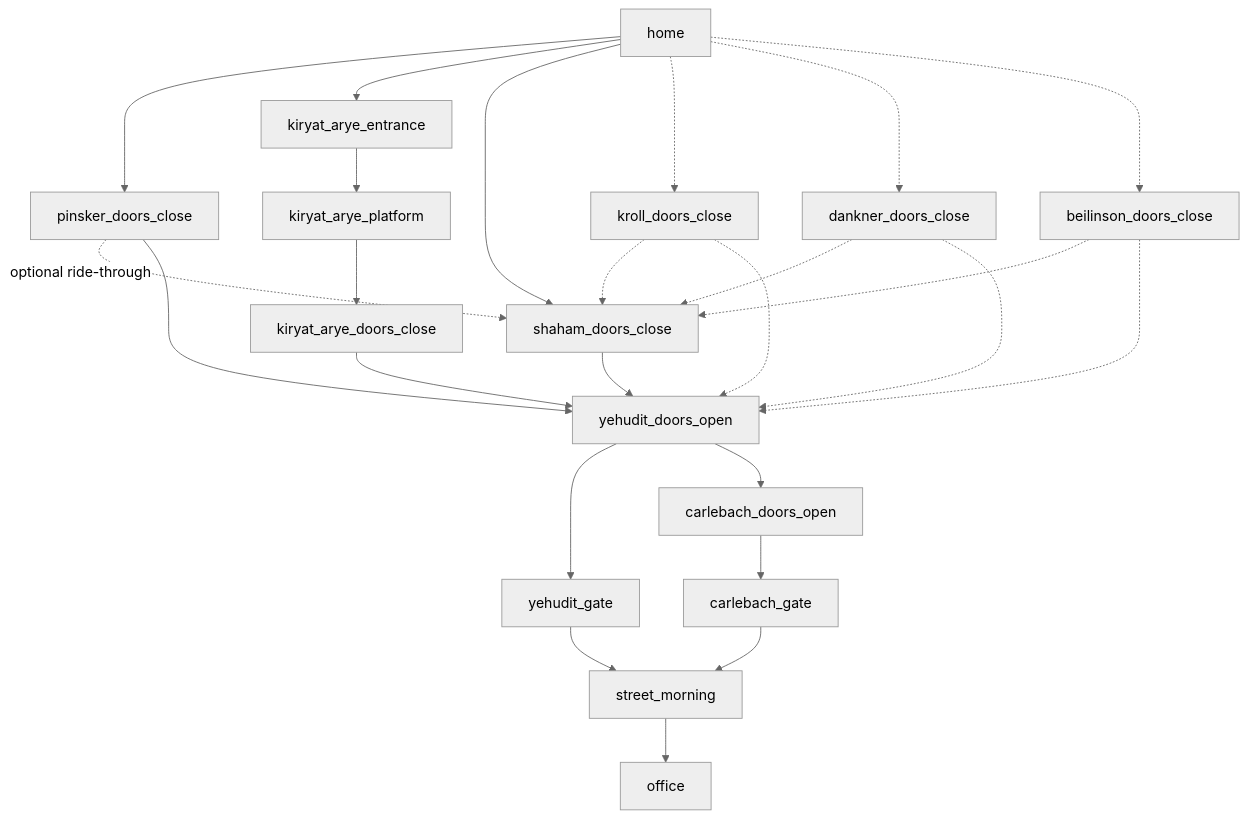
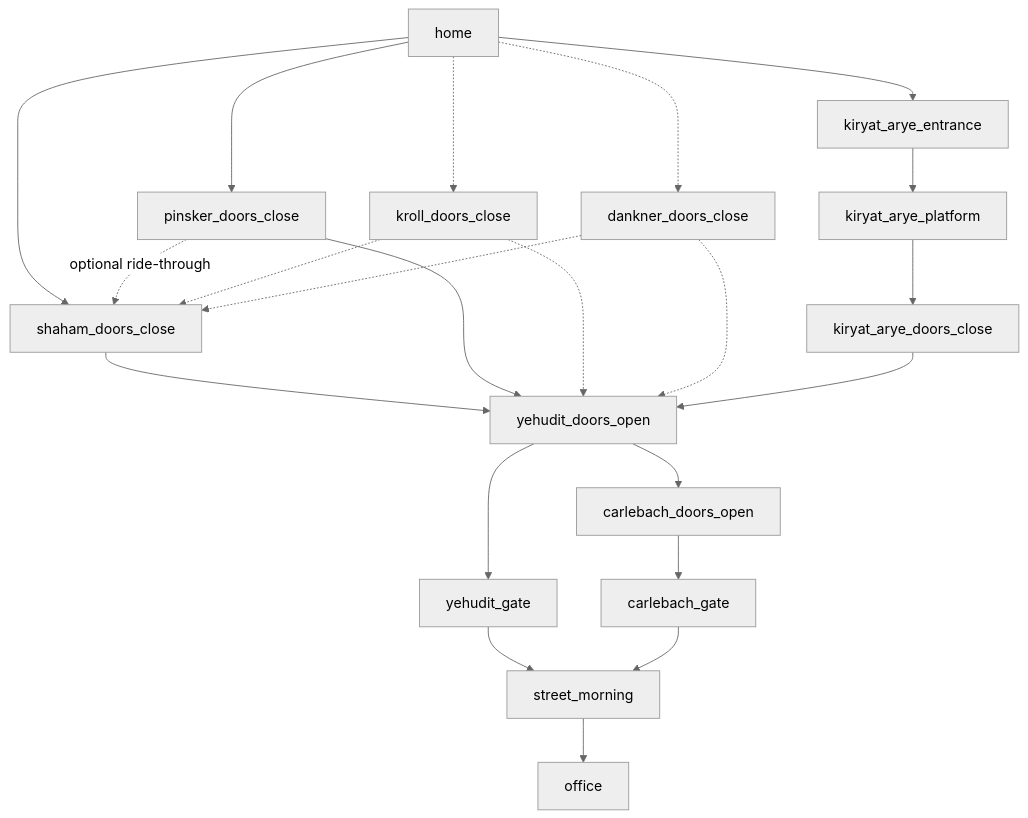
One commit to Voskov/path-race changed the first of 2 diagrams in SPEC.md. Above: the diagram before and after it, drawn with Mermaid (neutral theme). The commit also changed other lines of this file and 1 other file, not shown here.

First line of the commit message:
Remove Beilinson from the boarding options

````diff
--- a/SPEC.md
+++ b/SPEC.md
@@ -58,27 +58,24 @@
 ```mermaid
 flowchart TD
     H[home] --> PDC[pinsker_doors_close]
     H --> KAE[kiryat_arye_entrance]
     H --> SDC[shaham_doors_close]
     H -.-> KRDC[kroll_doors_close]
     H -.-> DDC[dankner_doors_close]
-    H -.-> BDC[beilinson_doors_close]
     KAE --> KAP[kiryat_arye_platform]
     KAP --> KDC[kiryat_arye_doors_close]
     PDC -.->|optional ride-through| SDC
     KRDC -.-> SDC
     DDC -.-> SDC
-    BDC -.-> SDC
     SDC --> YDO[yehudit_doors_open]
     PDC --> YDO
     KRDC -.-> YDO
     DDC -.-> YDO
-    BDC -.-> YDO
     KDC --> YDO
     YDO --> YG[yehudit_gate]
     YDO --> CDO[carlebach_doors_open]
     YG --> ST_M[street_morning]
     CDO --> CG[carlebach_gate]
     CG --> ST_M
     ST_M --> OF[office]
 ```
````
